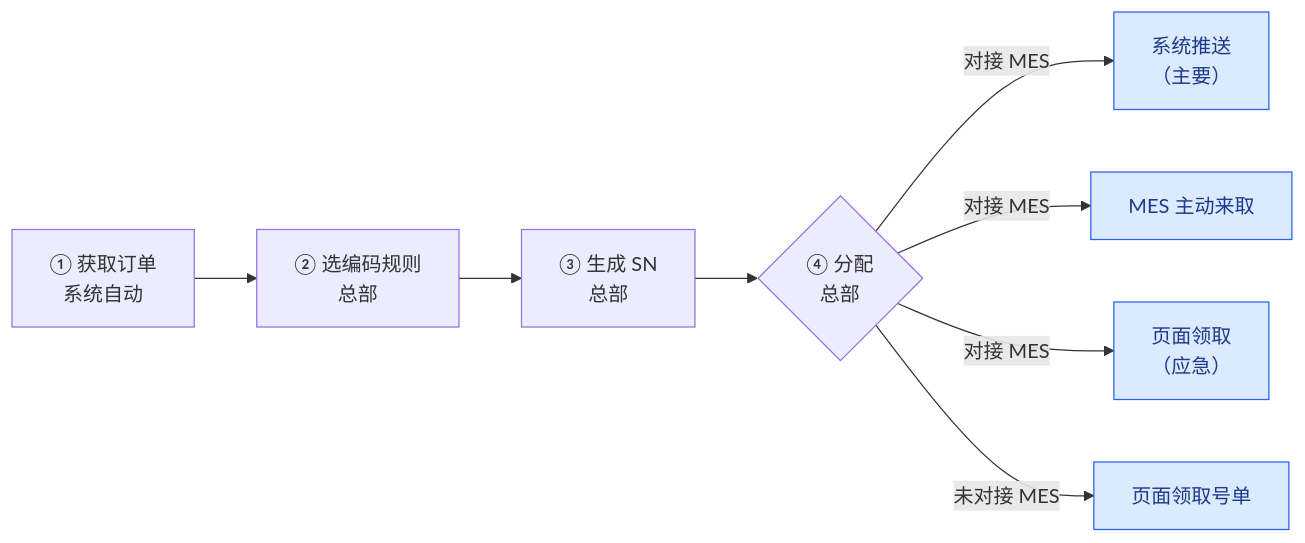
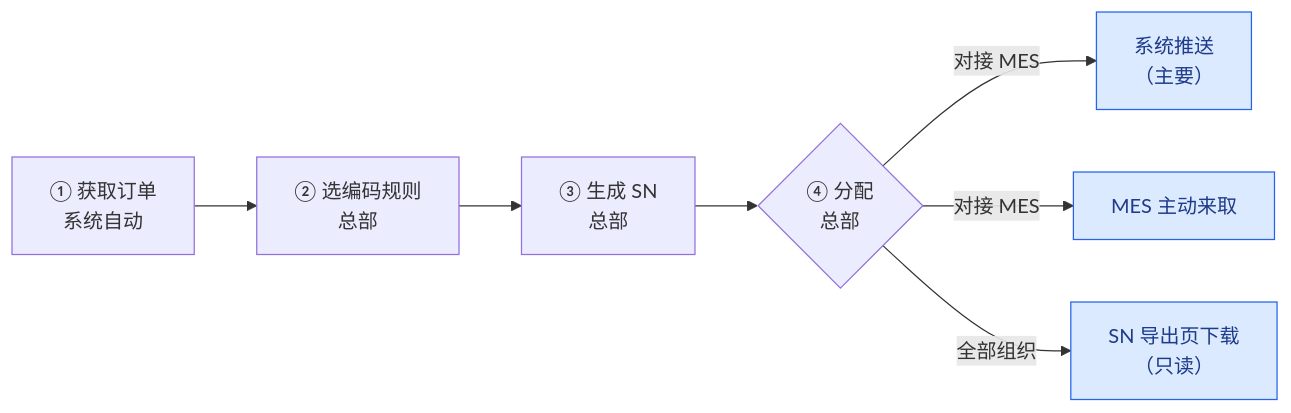
Before and after one commit to Createsnow/sn-center: the diagram in docs/SN 防重管控业务说明.md, drawn with Mermaid. The commit also changed other lines of this file and 52 other files, not shown here.

````diff
--- a/docs/SN 防重管控业务说明.md
+++ b/docs/SN 防重管控业务说明.md
@@ -72,12 +72,11 @@
 ```mermaid
 flowchart LR
   A["① 获取订单<br/>系统自动"] --> B["② 选编码规则<br/>总部"]
   B --> C["③ 生成 SN<br/>总部"]
   C --> D{"④ 分配<br/>总部"}
   D -->|对接 MES| E["系统推送<br/>（主要）"]
   D -->|对接 MES| F["MES 主动来取"]
-  D -->|对接 MES| G["页面领取<br/>（应急）"]
-  D -->|未对接 MES| H["页面领取号单"]
+  D -->|全部组织| G["SN 导出页下载<br/>（只读）"]
   classDef site fill:#dbeafe,stroke:#2563eb,color:#1e3a8a
-  class E,F,G,H site
+  class E,F,G site
 ```
````
